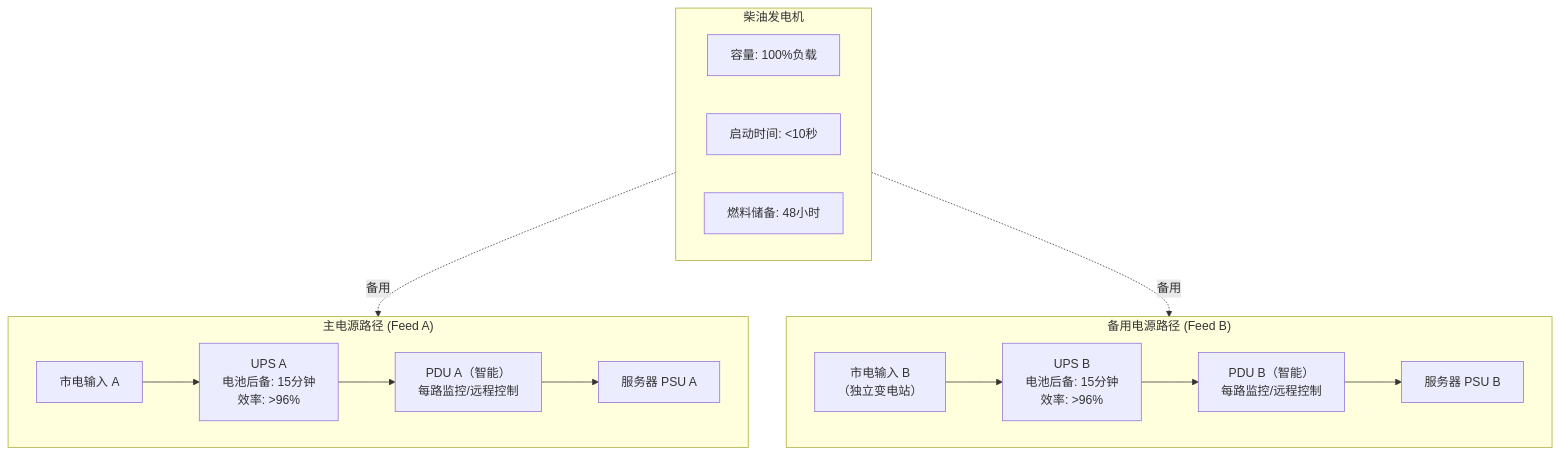
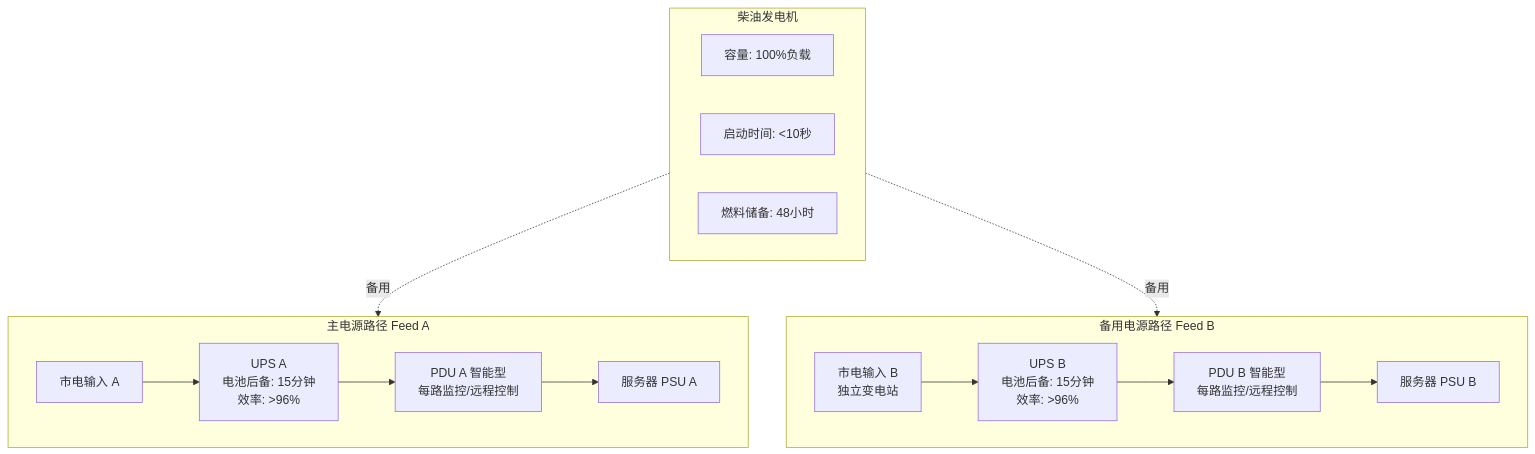
Before and after one commit to jpixy/jpixy.github.io: the third of 5 diagrams in content/articles/sre/sre-61-HFT基础设施最佳实践.md, drawn with Mermaid. The commit also changed other lines of this file and 66 other files, not shown here.

Commit message:
fix: resolve Mermaid syntax errors by removing parentheses in node labels

````diff
--- a/content/articles/sre/sre-61-HFT基础设施最佳实践.md
+++ b/content/articles/sre/sre-61-HFT基础设施最佳实践.md
@@ -514,27 +514,27 @@
 ```mermaid
 graph TB
-    subgraph FeedA["主电源路径 (Feed A)"]
+    subgraph FeedA["主电源路径 Feed A"]
         A1["市电输入 A"]
         A2["UPS A<br/>电池后备: 15分钟<br/>效率: >96%"]
-        A3["PDU A（智能）<br/>每路监控/远程控制"]
+        A3["PDU A 智能型<br/>每路监控/远程控制"]
         A4["服务器 PSU A"]
         A1 --> A2 --> A3 --> A4
     end
     
-    subgraph FeedB["备用电源路径 (Feed B)"]
-        B1["市电输入 B<br/>（独立变电站）"]
+    subgraph FeedB["备用电源路径 Feed B"]
+        B1["市电输入 B<br/>独立变电站"]
         B2["UPS B<br/>电池后备: 15分钟<br/>效率: >96%"]
-        B3["PDU B（智能）<br/>每路监控/远程控制"]
+        B3["PDU B 智能型<br/>每路监控/远程控制"]
         B4["服务器 PSU B"]
         B1 --> B2 --> B3 --> B4
     end
     
     subgraph Generator["柴油发电机"]
         G1["容量: 100%负载"]
         G2["启动时间: <10秒"]
         G3["燃料储备: 48小时"]
     end
     
     Generator -.->|备用| FeedA
     Generator -.->|备用| FeedB
 ```
````
